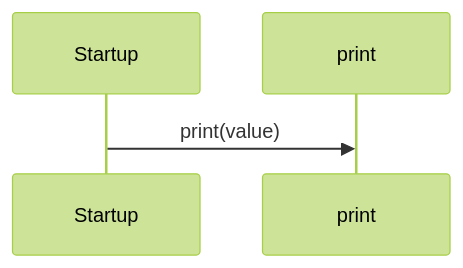
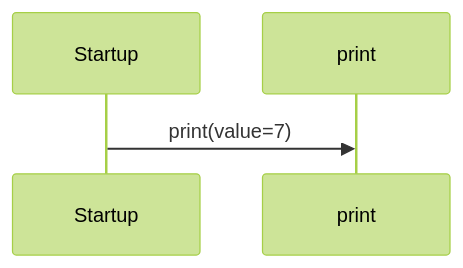
Before and after one commit to GreenPandaStudios/augscript: the diagram in benchmarks/startup/main.aug.diagrams.md, drawn with Mermaid (forest theme). The commit also changed other lines of this file and 524 other files, not shown here.

Commit message:
Explain checked data flow at folder and service levels

````diff
--- a/benchmarks/startup/main.aug.diagrams.md
+++ b/benchmarks/startup/main.aug.diagrams.md
@@ -25,6 +18,6 @@
 ```mermaid
 sequenceDiagram
     participant p0 as Startup
     participant p1 as print
-    p0->>p1: print(value)
+    p0->>p1: print(value=7)
 ```
````
